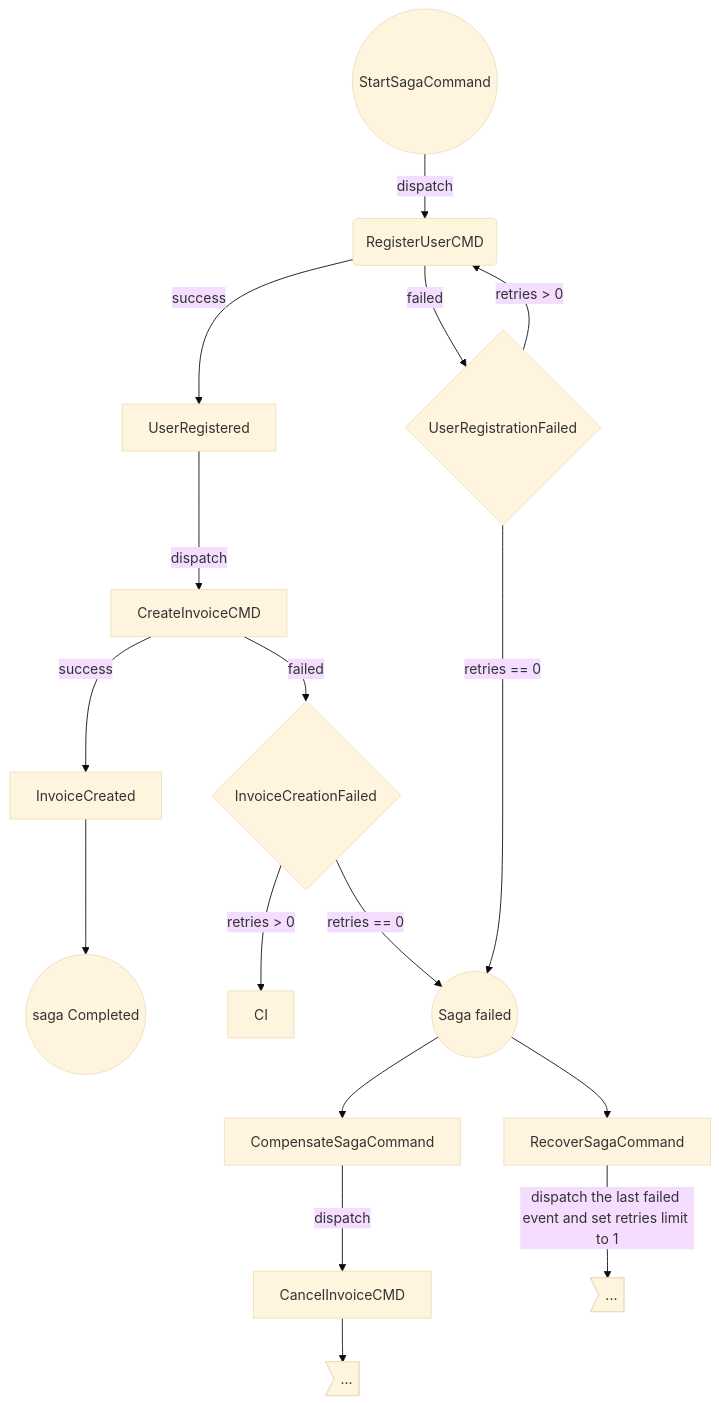
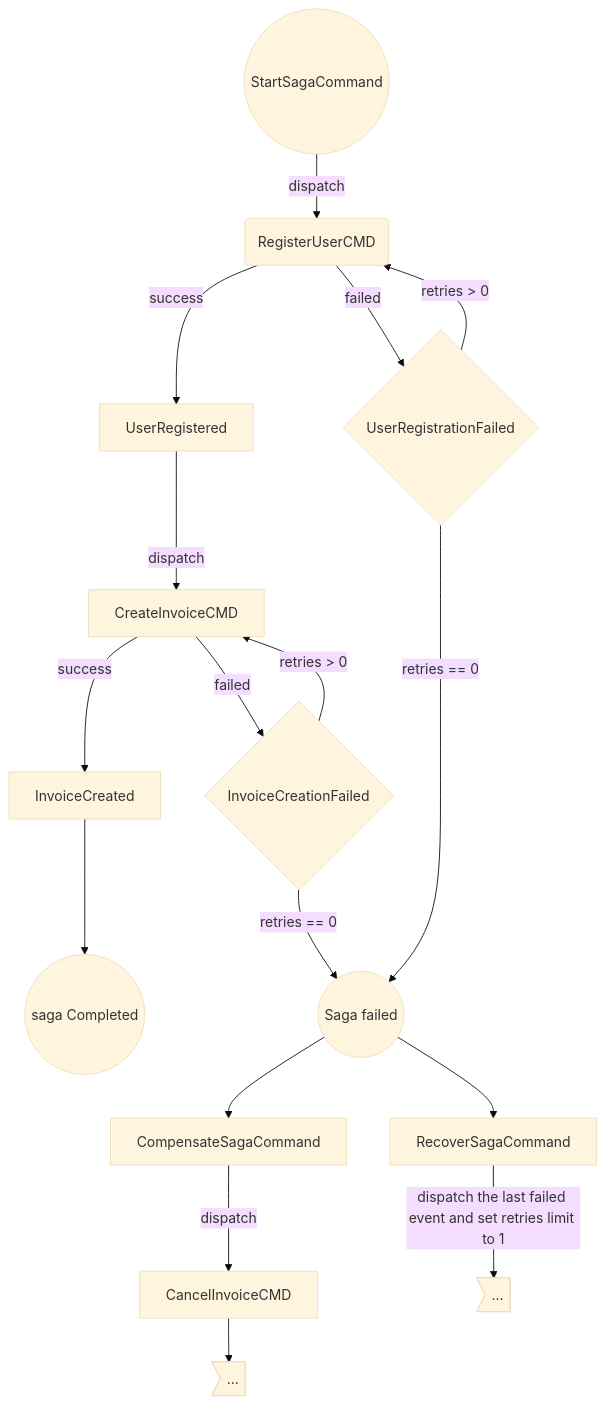
One commit to go-foreman/foreman changed the diagram in docs/Saga component.md. Above: the diagram before and after it, drawn with Mermaid (base theme).

````diff
--- a/docs/Saga component.md
+++ b/docs/Saga component.md
@@ -94,19 +94,19 @@
 ```mermaid
 graph TD
     S(("StartSagaCommand")) --> |dispatch| RUC(RegisterUserCMD)
     RUC --> |success| UR[UserRegistered]
     UR --> |dispatch| CIC[CreateInvoiceCMD]
     CIC --> |success| IC[InvoiceCreated]
     IC --> C((saga Completed))
     RUC --> |failed| URF{UserRegistrationFailed}
     URF --> |retries > 0| RUC
     URF --> |retries == 0| F(("Saga failed"))
     CIC --> |failed| INF{InvoiceCreationFailed}
-    INF --> |retries > 0| CI
+    INF --> |retries > 0| CIC
     INF --> |retries == 0| F
     F -->  Compensate[CompensateSagaCommand]
     F -->  Recover[RecoverSagaCommand]
     Recover --> |dispatch the last failed event and set retries limit to 1| R1>...]
     Compensate --> |dispatch| CancelInvoiceCMD[CancelInvoiceCMD]
     CancelInvoiceCMD --> R2>...]
 ```
````
